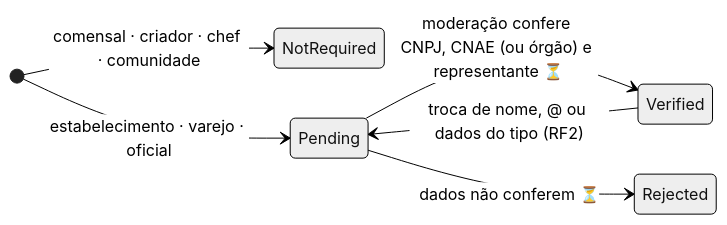
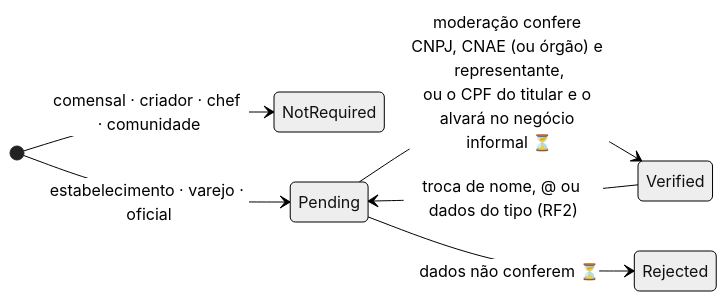
One commit to MatheusHaliski/Friendly-Eats changed the second of 2 diagrams in docs/RF1/estados.md. Above: the diagram before and after it, drawn with Mermaid (neutral theme). The commit also changed 11 other files, not shown here.

````diff
--- a/docs/RF1/estados.md
+++ b/docs/RF1/estados.md
@@ -18,9 +18,9 @@
 ```mermaid
 stateDiagram-v2
     direction LR
     [*] --> NotRequired : comensal · criador · chef · comunidade
     [*] --> Pending : estabelecimento · varejo · oficial
-    Pending --> Verified : moderação confere CNPJ, CNAE (ou órgão) e representante ⏳
+    Pending --> Verified : moderação confere CNPJ, CNAE (ou órgão) e representante,<br/>ou o CPF do titular e o alvará no negócio informal ⏳
     Pending --> Rejected : dados não conferem ⏳
     Verified --> Pending : troca de nome, @ ou dados do tipo (RF2)
 ```
````
